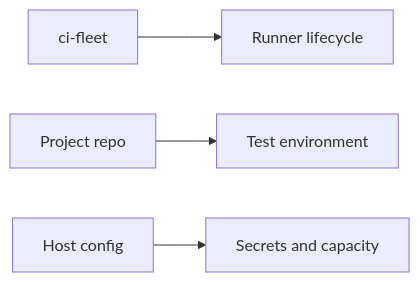
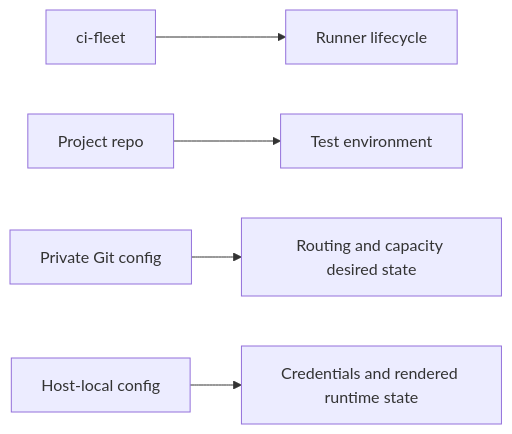
One commit to RandomDevelopment/ci-fleet changed the second of 5 diagrams in docs/ARCHITECTURE.md. Above: the diagram before and after it, drawn with Mermaid. The commit also changed other lines of this file and 33 other files, not shown here.

Commit message:
Add Git-authored controller desired state

````diff
--- a/docs/ARCHITECTURE.md
+++ b/docs/ARCHITECTURE.md
@@ -37,6 +37,7 @@
 ```mermaid
 flowchart LR
     A["ci-fleet"] --> B["Runner lifecycle"]
     C["Project repo"] --> D["Test environment"]
-    E["Host config"] --> F["Secrets and capacity"]
+    E["Private Git config"] --> F["Routing and capacity desired state"]
+    G["Host-local config"] --> H["Credentials and rendered runtime state"]
 ```
````
